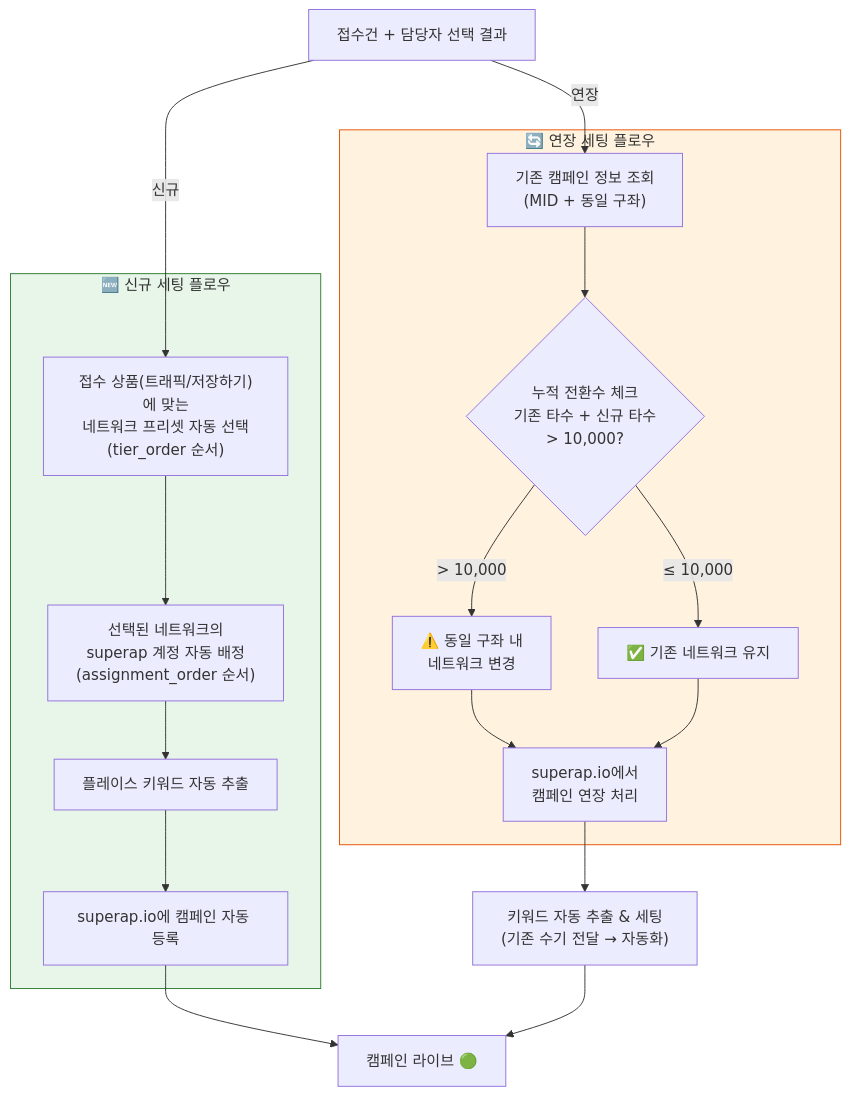
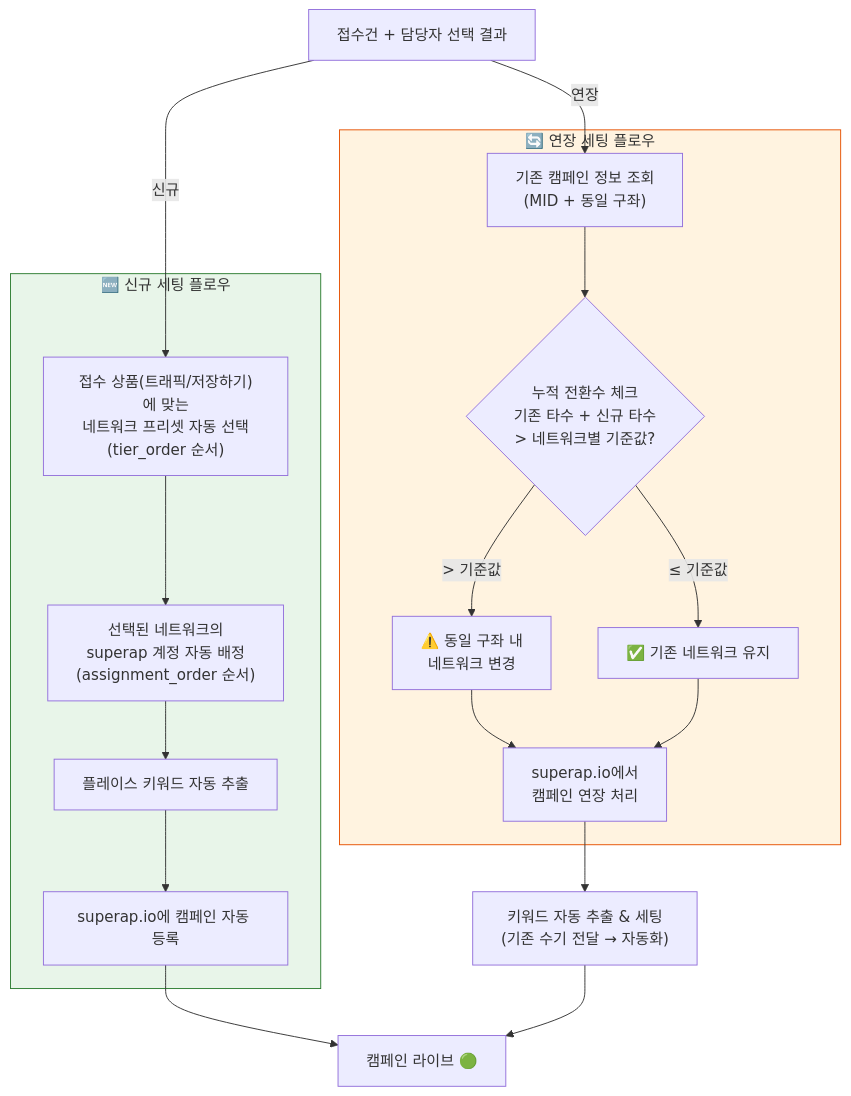
One commit to qwerpoiuqqq/j2lab-platform changed the seventh of 10 diagrams in docs/reward-platform-workflow-final.md. Above: the diagram before and after it, drawn with Mermaid. The commit also changed other lines of this file, not shown here.

Commit message:
docs: 연장 신규 기준 문서 정리

````diff
--- a/docs/reward-platform-workflow-final.md
+++ b/docs/reward-platform-workflow-final.md
@@ -315,31 +315,31 @@
 ```mermaid
 flowchart TD
     INPUT["접수건 + 담당자 선택 결과"]
 
     subgraph NEW_FLOW["🆕 신규 세팅 플로우"]
         NF1["접수 상품(트래픽/저장하기)에 맞는<br/>네트워크 프리셋 자동 선택<br/>(tier_order 순서)"]
         NF2["선택된 네트워크의<br/>superap 계정 자동 배정<br/>(assignment_order 순서)"]
         NF3["플레이스 키워드 자동 추출"]
         NF4["superap.io에 캠페인 자동 등록"]
     end
 
     subgraph EXT_FLOW["🔄 연장 세팅 플로우"]
         EF1["기존 캠페인 정보 조회<br/>(MID + 동일 구좌)"]
-        EF2{"누적 전환수 체크<br/>기존 타수 + 신규 타수<br/>> 10,000?"}
+        EF2{"누적 전환수 체크<br/>기존 타수 + 신규 타수<br/>> 네트워크별 기준값?"}
         EF3["⚠️ 동일 구좌 내<br/>네트워크 변경"]
         EF4["✅ 기존 네트워크 유지"]
         EF5["superap.io에서<br/>캠페인 연장 처리"]
     end
 
     KW["키워드 자동 추출 & 세팅<br/>(기존 수기 전달 → 자동화)"]
     LIVE["캠페인 라이브 🟢"]
 
     INPUT -->|"신규"| NF1 --> NF2 --> NF3 --> NF4 --> LIVE
     INPUT -->|"연장"| EF1 --> EF2
-    EF2 -->|"> 10,000"| EF3 --> EF5
-    EF2 -->|"≤ 10,000"| EF4 --> EF5
+    EF2 -->|"> 기준값"| EF3 --> EF5
+    EF2 -->|"≤ 기준값"| EF4 --> EF5
     EF5 --> KW --> LIVE
 
     style NEW_FLOW fill:#e8f5e9,stroke:#2e7d32
     style EXT_FLOW fill:#fff3e0,stroke:#e65100
 ```
````
